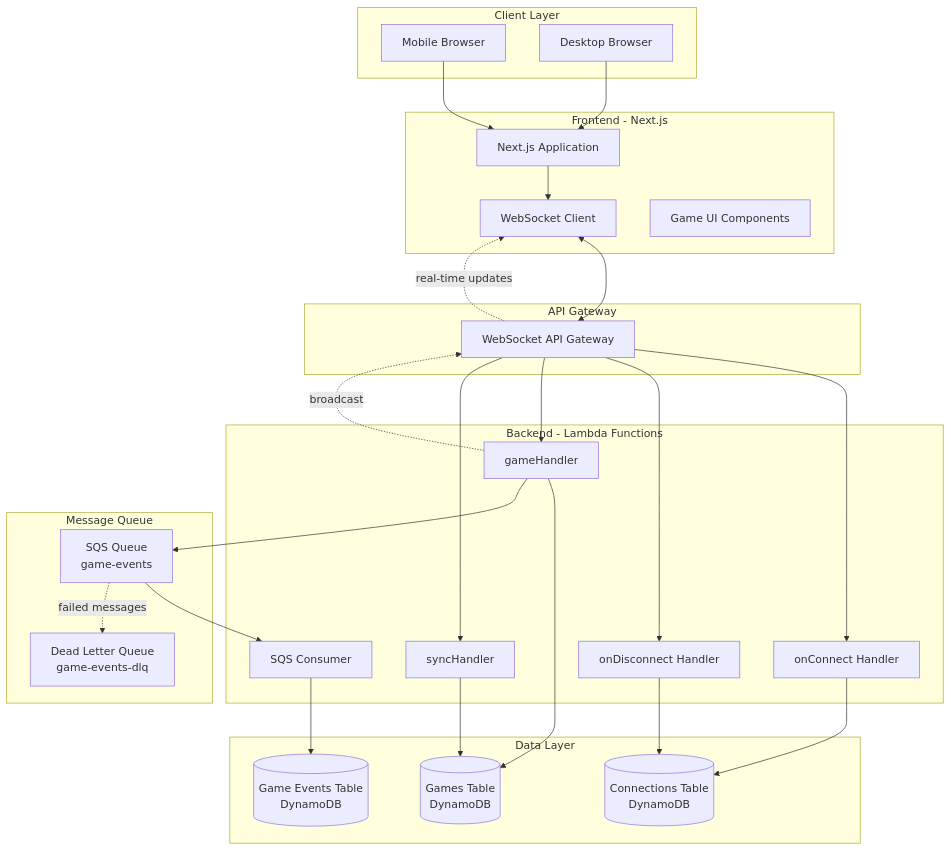
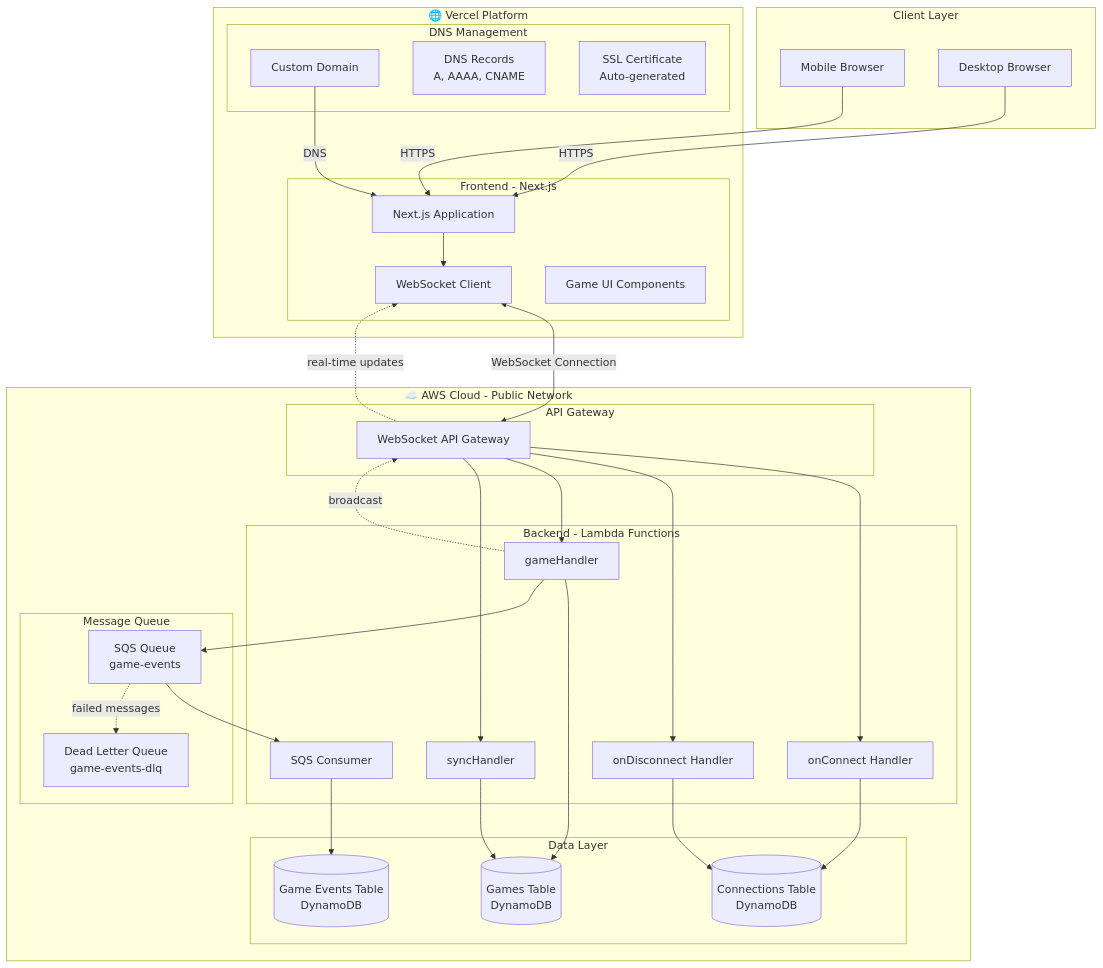
The first of 6 diagrams in docs/architecture/ARCHITECTURE.md (rtsarakaki/keep-the-sequence), drawn with Mermaid before and after one commit. The commit also changed other lines of this file and 19 other files, not shown here.

````diff
--- a/docs/architecture/ARCHITECTURE.md
+++ b/docs/architecture/ARCHITECTURE.md
@@ -14,58 +34,68 @@
 ```mermaid
 graph TB
     subgraph "Client Layer"
         Mobile[Mobile Browser]
         Desktop[Desktop Browser]
     end
 
-    subgraph "Frontend - Next.js"
-        NextApp[Next.js Application]
-        WSClient[WebSocket Client]
-        GameUI[Game UI Components]
+    subgraph Vercel["🌐 Vercel Platform"]
+        subgraph "Frontend - Next.js"
+            NextApp[Next.js Application]
+            WSClient[WebSocket Client]
+            GameUI[Game UI Components]
+        end
+        subgraph "DNS Management"
+            CustomDomain[Custom Domain]
+            DNSRecords[DNS Records<br/>A, AAAA, CNAME]
+            SSLCert[SSL Certificate<br/>Auto-generated]
+        end
     end
 
-    subgraph "API Gateway"
-        WSAPI[WebSocket API Gateway]
+    subgraph AWS["☁️ AWS Cloud - Public Network"]
+        subgraph "API Gateway"
+            WSAPI[WebSocket API Gateway]
+        end
+
+        subgraph "Backend - Lambda Functions"
+            OnConnect[onConnect Handler]
+            OnDisconnect[onDisconnect Handler]
+            GameHandler[gameHandler]
+            SyncHandler[syncHandler]
+            SQSConsumer[SQS Consumer]
+        end
+
+        subgraph "Data Layer"
+            GamesTable[(Games Table<br/>DynamoDB)]
+            ConnectionsTable[(Connections Table<br/>DynamoDB)]
+            EventsTable[(Game Events Table<br/>DynamoDB)]
+        end
+
+        subgraph "Message Queue"
+            SQSQueue[SQS Queue<br/>game-events]
+            DLQ[Dead Letter Queue<br/>game-events-dlq]
+        end
     end
 
-    subgraph "Backend - Lambda Functions"
-        OnConnect[onConnect Handler]
-        OnDisconnect[onDisconnect Handler]
-        GameHandler[gameHandler]
-        SyncHandler[syncHandler]
-        SQSConsumer[SQS Consumer]
-    end
-
-    subgraph "Data Layer"
-        GamesTable[(Games Table<br/>DynamoDB)]
-        ConnectionsTable[(Connections Table<br/>DynamoDB)]
-        EventsTable[(Game Events Table<br/>DynamoDB)]
-    end
-
-    subgraph "Message Queue"
-        SQSQueue[SQS Queue<br/>game-events]
-        DLQ[Dead Letter Queue<br/>game-events-dlq]
-    end
-
-    Mobile --> NextApp
-    Desktop --> NextApp
+    Mobile -->|HTTPS| NextApp
+    Desktop -->|HTTPS| NextApp
+    CustomDomain -->|DNS| NextApp
     NextApp --> WSClient
-    WSClient <--> WSAPI
+    WSClient <-->|WebSocket Connection| WSAPI
     WSAPI --> OnConnect
     WSAPI --> OnDisconnect
     WSAPI --> GameHandler
     WSAPI --> SyncHandler
     
     OnConnect --> ConnectionsTable
     OnDisconnect --> ConnectionsTable
     GameHandler --> GamesTable
     GameHandler --> SQSQueue
     SyncHandler --> GamesTable
     
     SQSQueue --> SQSConsumer
     SQSConsumer --> EventsTable
     SQSQueue -.->|failed messages| DLQ
     
     GameHandler -.->|broadcast| WSAPI
     WSAPI -.->|real-time updates| WSClient
 ```
````
